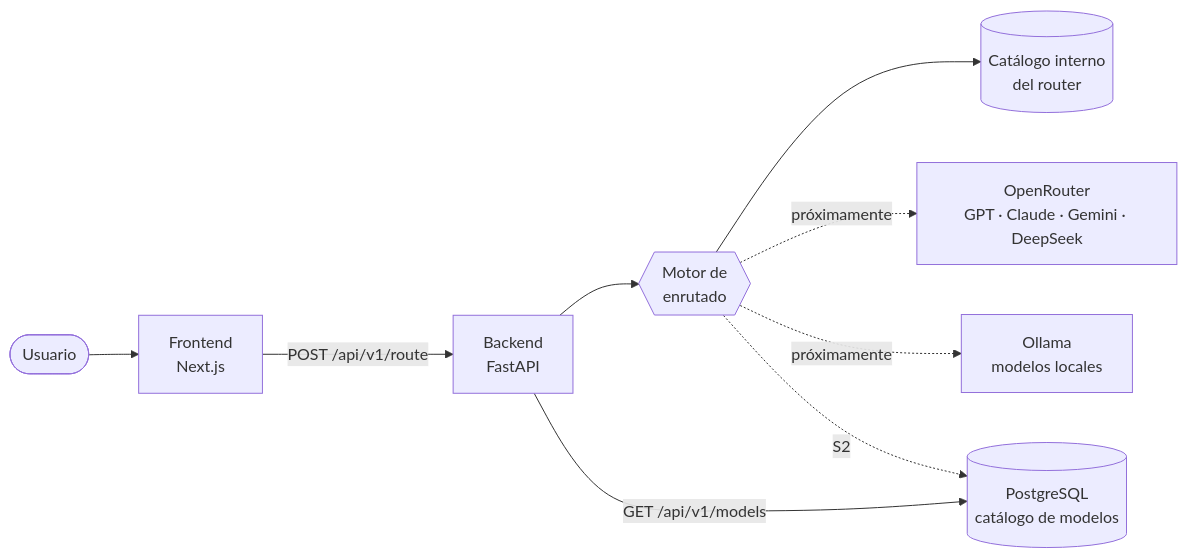
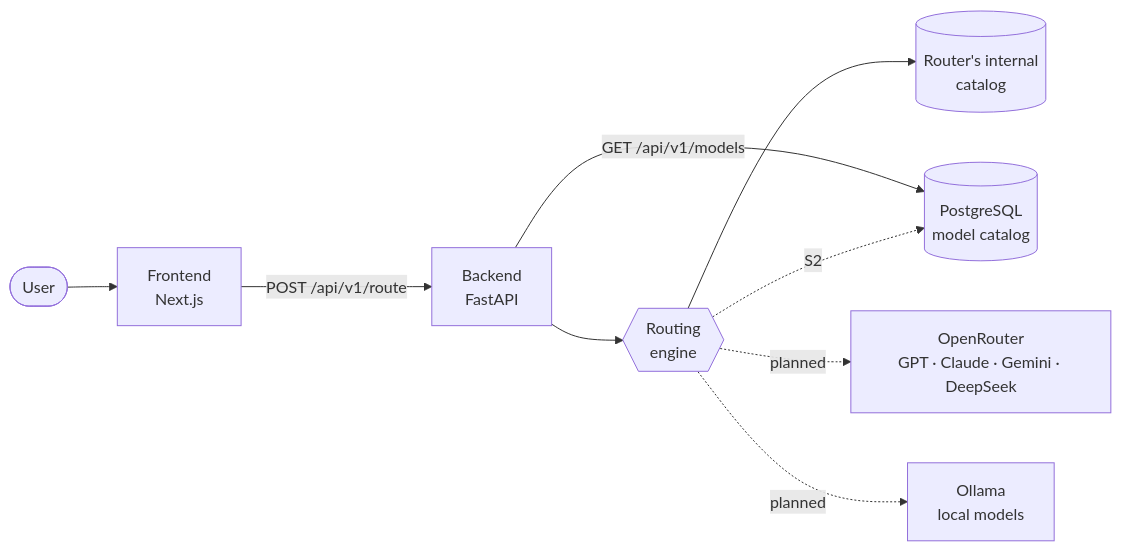
One commit to sofia-casado-sainz/ai-router-dashboard changed the diagram in README.md. Above: the diagram before and after it, drawn with Mermaid. The commit also changed other lines of this file, not shown here.

````diff
--- a/README.md
+++ b/README.md
@@ -42,11 +39,11 @@
 ```mermaid
 flowchart LR
-    U([Usuario]) --> FE[Frontend<br/>Next.js]
+    U([User]) --> FE[Frontend<br/>Next.js]
     FE -->|POST /api/v1/route| BE[Backend<br/>FastAPI]
-    BE --> RE{{Motor de<br/>enrutado}}
-    RE --> CAT[(Catálogo interno<br/>del router)]
-    RE -. próximamente .-> OR[OpenRouter<br/>GPT · Claude · Gemini · DeepSeek]
-    RE -. próximamente .-> OL[Ollama<br/>modelos locales]
-    BE -->|GET /api/v1/models| DB[(PostgreSQL<br/>catálogo de modelos)]
+    BE --> RE{{Routing<br/>engine}}
+    RE --> CAT[(Router's internal<br/>catalog)]
+    BE -->|GET /api/v1/models| DB[(PostgreSQL<br/>model catalog)]
     RE -. S2 .-> DB
+    RE -. planned .-> OR[OpenRouter<br/>GPT · Claude · Gemini · DeepSeek]
+    RE -. planned .-> OL[Ollama<br/>local models]
 ```
````
